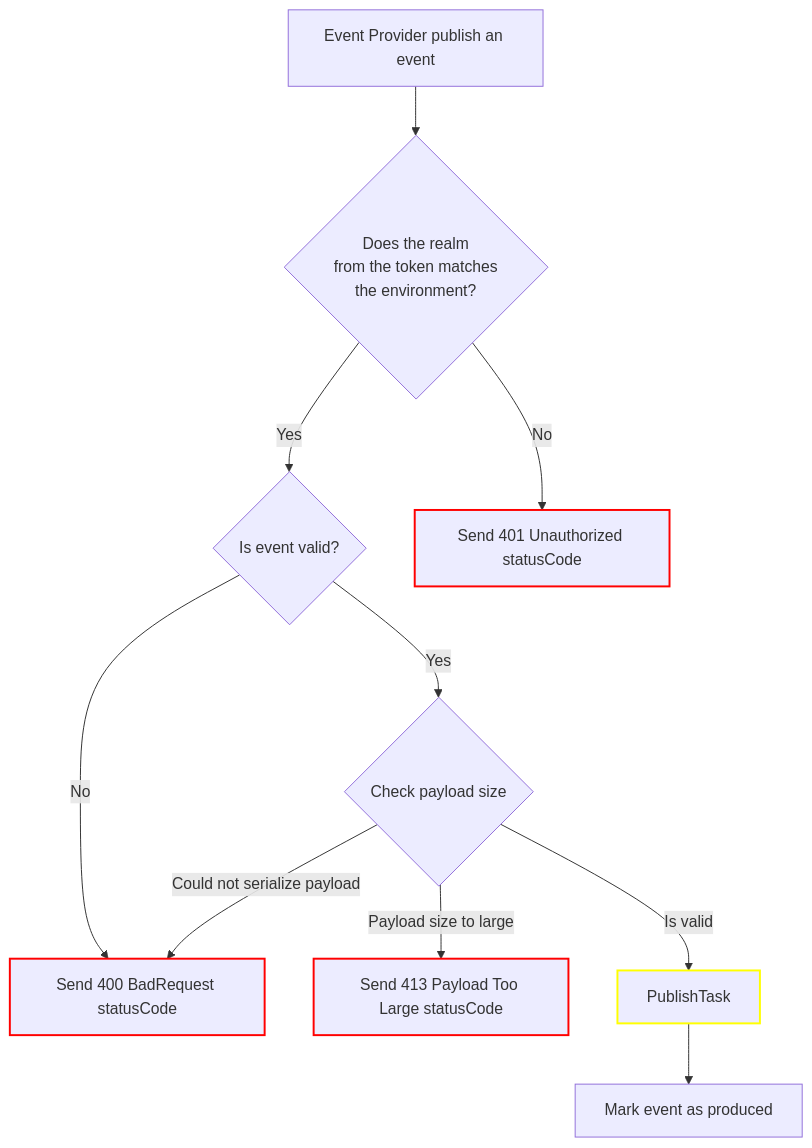
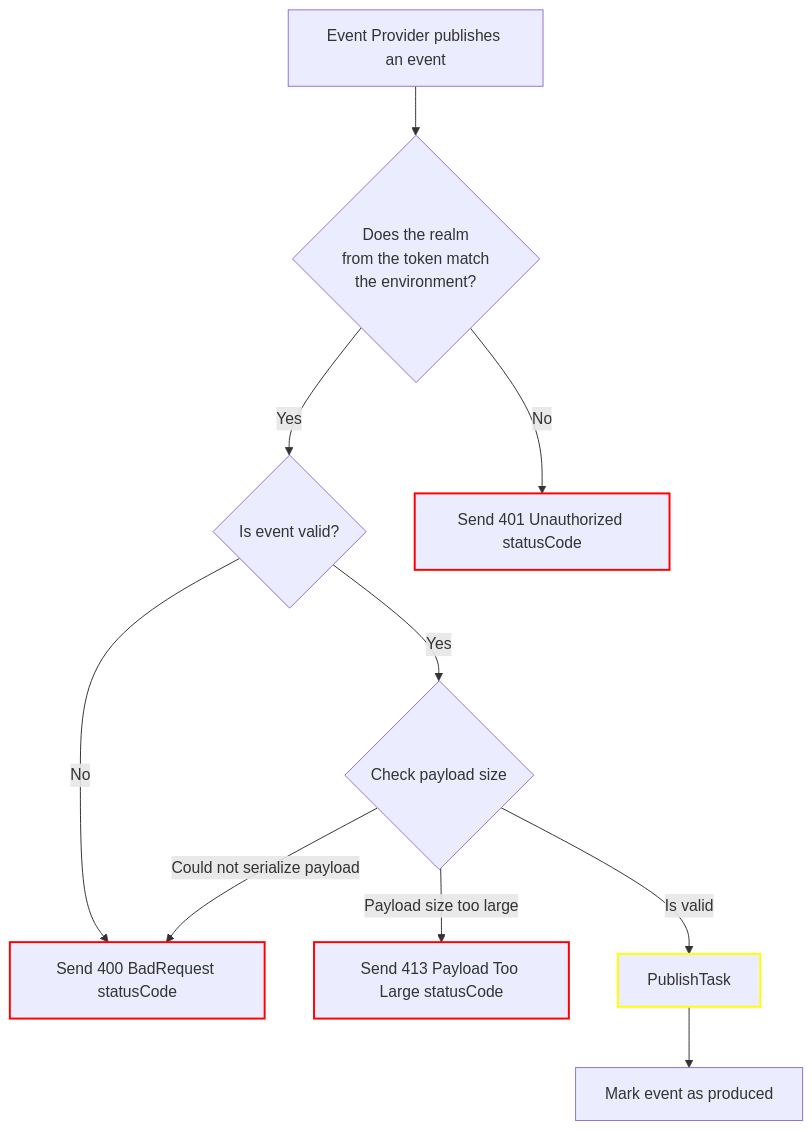
One commit to telekom/pubsub-horizon-starlight changed the first of 4 diagrams in docs/architecture.md. Above: the diagram before and after it, drawn with Mermaid. The commit also changed other lines of this file, not shown here.

````diff
--- a/docs/architecture.md
+++ b/docs/architecture.md
@@ -36,26 +36,26 @@
 ```mermaid
 
 graph TD;
     %% Start of the process
-    Start[Event Provider publish an event]
+    Start[Event Provider publishes an event]
     
-    Start --> CheckRealm{Does the realm <br> from the token matches <br> the environment?}
+    Start --> CheckRealm{Does the realm <br> from the token match <br> the environment?}
     
     CheckRealm -->|Yes| CheckEvent{Is event valid?}
     CheckRealm -->|No| Unauthorized[Send 401 Unauthorized statusCode]
     style Unauthorized stroke:#FF0000,stroke-width:2px
     
-    CheckEvent -->|Yes| CheckPayload{Check payload size }
+    CheckEvent -->|Yes| CheckPayload{Check payload size}
     CheckEvent -->|No| BadRequest[Send 400 BadRequest statusCode]
     style BadRequest stroke:#FF0000,stroke-width:2px
 
-    CheckPayload -->| Payload size to large | PayloadTooLarge[Send 413 Payload Too Large statusCode]
+    CheckPayload -->| Payload size too large | PayloadTooLarge[Send 413 Payload Too Large statusCode]
     style PayloadTooLarge stroke:#FF0000,stroke-width:2px
     
     CheckPayload -->| Could not serialize payload | BadRequest
 
     CheckPayload -->| Is valid | PublishTask[PublishTask]
     style PublishTask stroke:#FFFF00,stroke-width:2px
     
     PublishTask --> MarkEvent[Mark event as produced]
 ```
````
